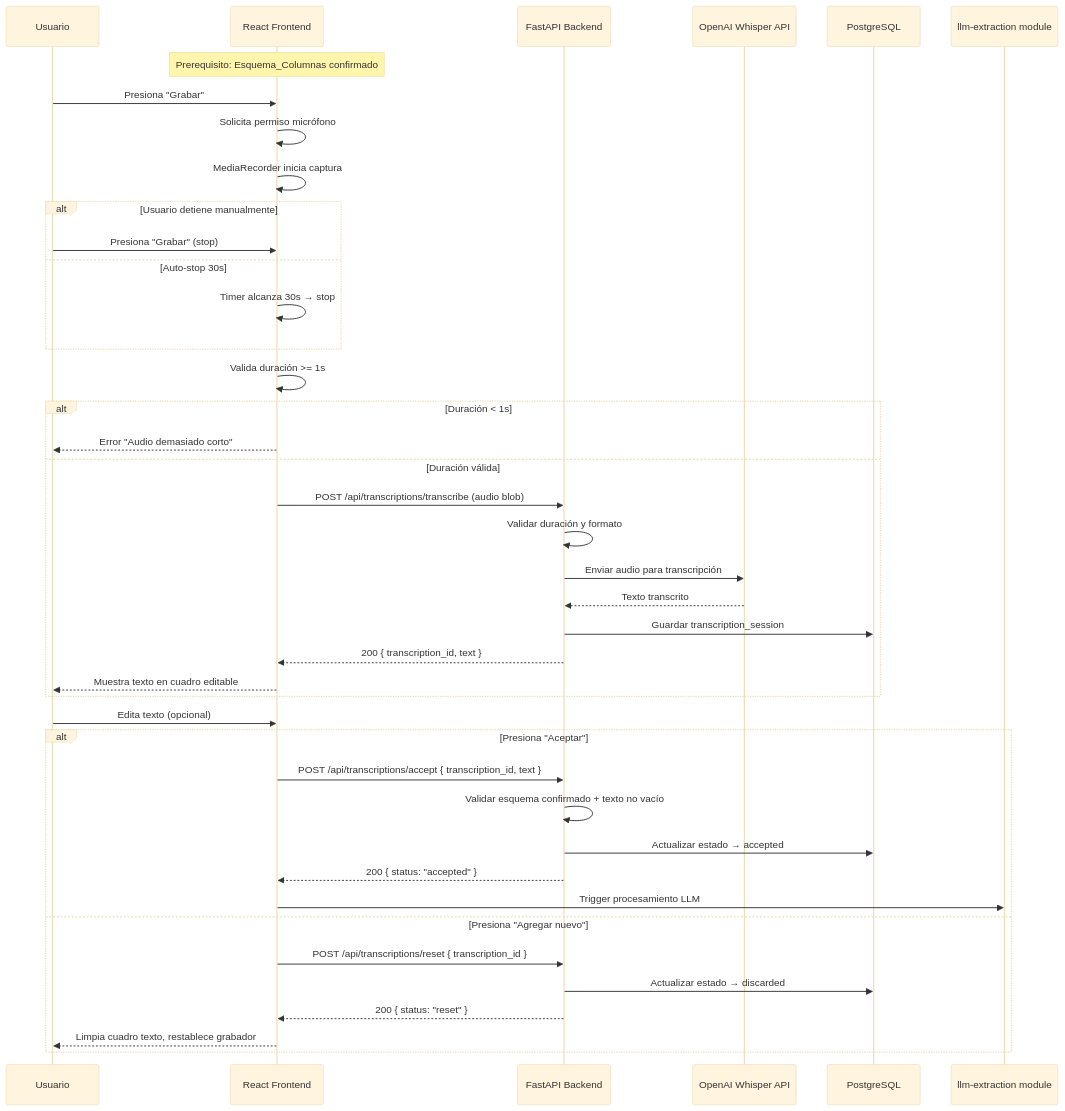
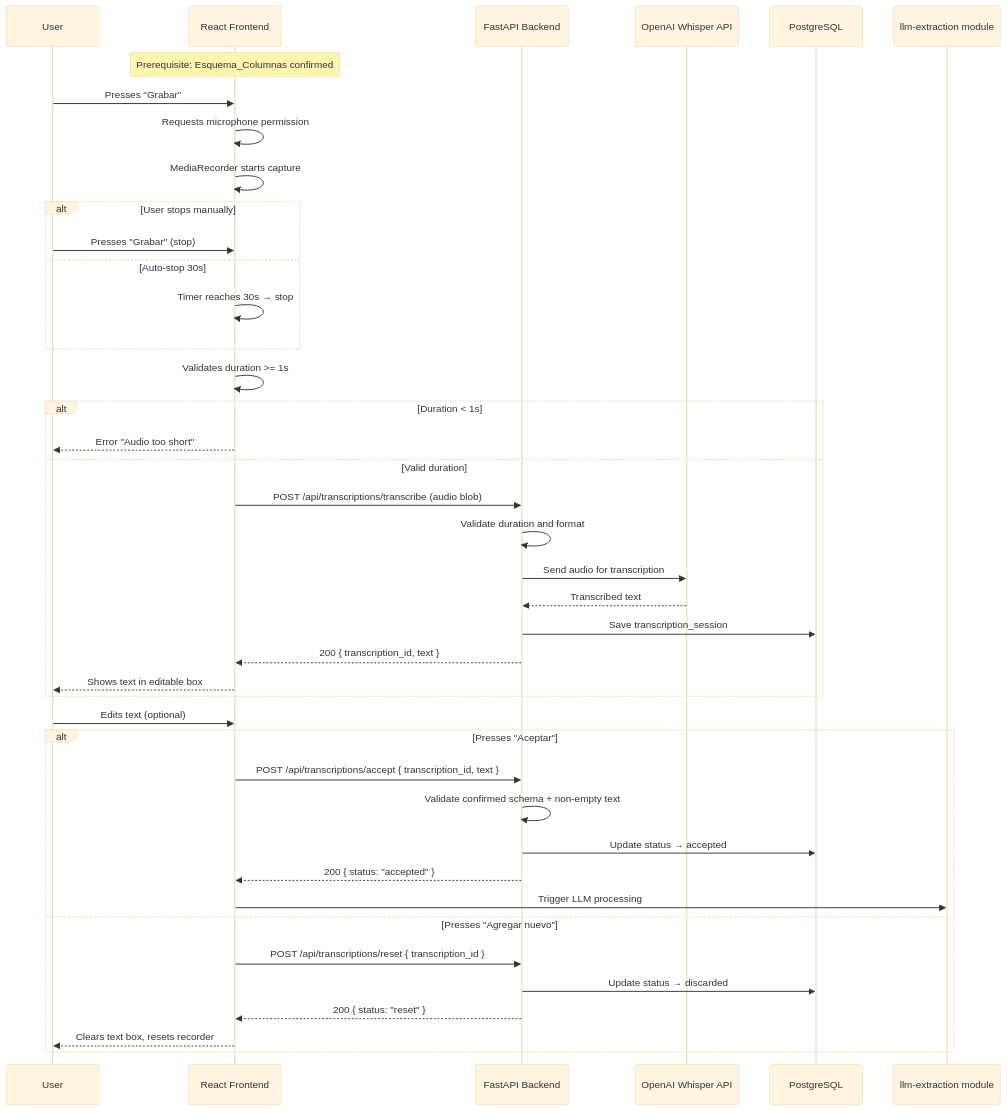
One commit to cvegaz/voxa changed the second of 2 diagrams in .kiro/specs/audio-transcription-controls/design.md. Above: the diagram before and after it, drawn with Mermaid (base theme). The commit also changed other lines of this file and 50 other files, not shown here.

````diff
--- a/.kiro/specs/audio-transcription-controls/design.md
+++ b/.kiro/specs/audio-transcription-controls/design.md
@@ -65,49 +65,49 @@
 ```mermaid
 sequenceDiagram
-    participant U as Usuario
+    participant U as User
     participant FE as React Frontend
     participant BE as FastAPI Backend
     participant Whisper as OpenAI Whisper API
     participant DB as PostgreSQL
     participant LLM as llm-extraction module
 
-    Note over FE: Prerequisito: Esquema_Columnas confirmado
+    Note over FE: Prerequisite: Esquema_Columnas confirmed
 
-    U->>FE: Presiona "Grabar"
-    FE->>FE: Solicita permiso micrófono
-    FE->>FE: MediaRecorder inicia captura
+    U->>FE: Presses "Grabar"
+    FE->>FE: Requests microphone permission
+    FE->>FE: MediaRecorder starts capture
     
-    alt Usuario detiene manualmente
-        U->>FE: Presiona "Grabar" (stop)
+    alt User stops manually
+        U->>FE: Presses "Grabar" (stop)
     else Auto-stop 30s
-        FE->>FE: Timer alcanza 30s → stop
+        FE->>FE: Timer reaches 30s → stop
     end
     
-    FE->>FE: Valida duración >= 1s
-    alt Duración < 1s
-        FE-->>U: Error "Audio demasiado corto"
-    else Duración válida
+    FE->>FE: Validates duration >= 1s
+    alt Duration < 1s
+        FE-->>U: Error "Audio too short"
+    else Valid duration
         FE->>BE: POST /api/transcriptions/transcribe (audio blob)
-        BE->>BE: Validar duración y formato
-        BE->>Whisper: Enviar audio para transcripción
-        Whisper-->>BE: Texto transcrito
-        BE->>DB: Guardar transcription_session
+        BE->>BE: Validate duration and format
+        BE->>Whisper: Send audio for transcription
+        Whisper-->>BE: Transcribed text
+        BE->>DB: Save transcription_session
         BE-->>FE: 200 { transcription_id, text }
-        FE-->>U: Muestra texto en cuadro editable
+        FE-->>U: Shows text in editable box
     end
 
-    U->>FE: Edita texto (opcional)
+    U->>FE: Edits text (optional)
     
-    alt Presiona "Aceptar"
+    alt Presses "Aceptar"
         FE->>BE: POST /api/transcriptions/accept { transcription_id, text }
-        BE->>BE: Validar esquema confirmado + texto no vacío
-        BE->>DB: Actualizar estado → accepted
+        BE->>BE: Validate confirmed schema + non-empty text
+        BE->>DB: Update status → accepted
         BE-->>FE: 200 { status: "accepted" }
-        FE->>LLM: Trigger procesamiento LLM
-    else Presiona "Agregar nuevo"
+        FE->>LLM: Trigger LLM processing
+    else Presses "Agregar nuevo"
         FE->>BE: POST /api/transcriptions/reset { transcription_id }
-        BE->>DB: Actualizar estado → discarded
+        BE->>DB: Update status → discarded
         BE-->>FE: 200 { status: "reset" }
-        FE-->>U: Limpia cuadro texto, restablece grabador
+        FE-->>U: Clears text box, resets recorder
     end
 ```
````
